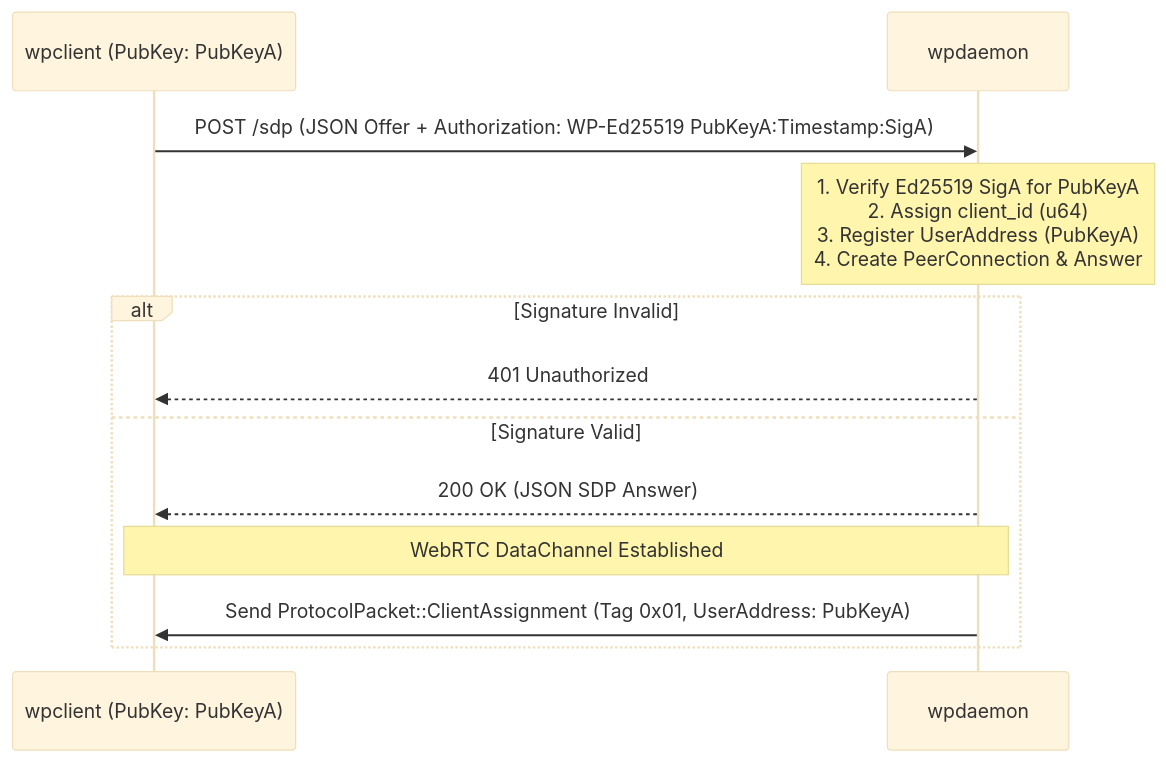
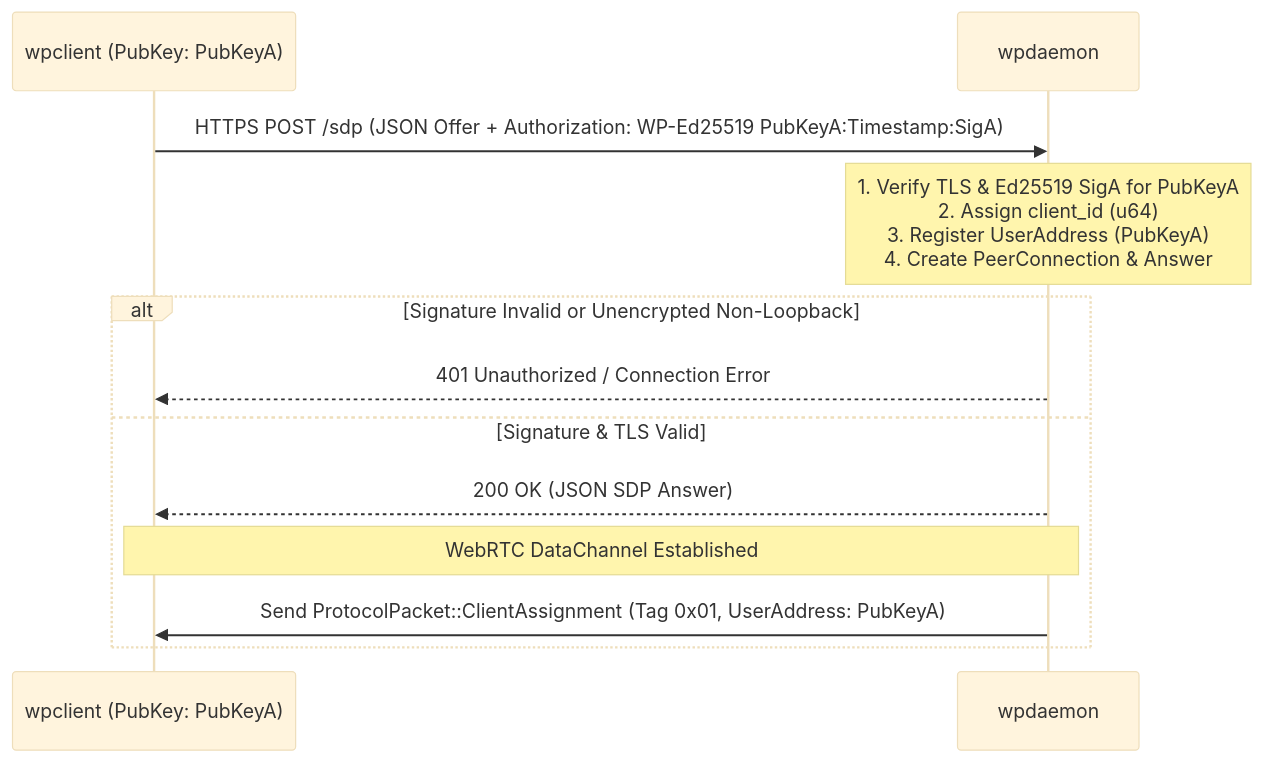
One commit to haruki7049/web-phone changed the diagram in docs/WPIP-02.md. Above: the diagram before and after it, drawn with Mermaid (base theme). The commit also changed other lines of this file and 7 other files, not shown here.

````diff
--- a/docs/WPIP-02.md
+++ b/docs/WPIP-02.md
@@ -111,16 +124,16 @@
 ```mermaid
 sequenceDiagram
     participant Client as wpclient (PubKey: PubKeyA)
     participant Daemon as wpdaemon
 
-    Client->>Daemon: POST /sdp (JSON Offer + Authorization: WP-Ed25519 PubKeyA:Timestamp:SigA)
-    Note over Daemon: 1. Verify Ed25519 SigA for PubKeyA<br/>2. Assign client_id (u64)<br/>3. Register UserAddress (PubKeyA)<br/>4. Create PeerConnection & Answer
+    Client->>Daemon: HTTPS POST /sdp (JSON Offer + Authorization: WP-Ed25519 PubKeyA:Timestamp:SigA)
+    Note over Daemon: 1. Verify TLS & Ed25519 SigA for PubKeyA<br/>2. Assign client_id (u64)<br/>3. Register UserAddress (PubKeyA)<br/>4. Create PeerConnection & Answer
     
-    alt Signature Invalid
-        Daemon-->>Client: 401 Unauthorized
-    else Signature Valid
+    alt Signature Invalid or Unencrypted Non-Loopback
+        Daemon-->>Client: 401 Unauthorized / Connection Error
+    else Signature & TLS Valid
         Daemon-->>Client: 200 OK (JSON SDP Answer)
         Note over Client,Daemon: WebRTC DataChannel Established
         Daemon->>Client: Send ProtocolPacket::ClientAssignment (Tag 0x01, UserAddress: PubKeyA)
     end
 ```
````
